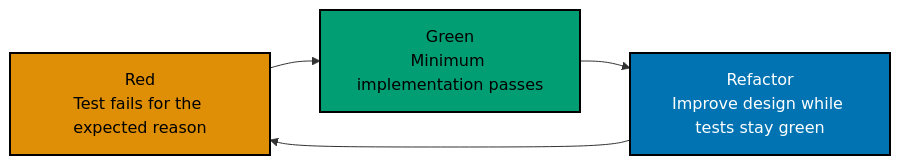
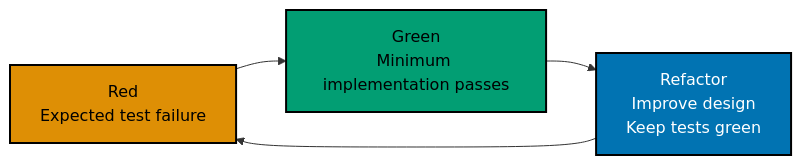
The diagram in repo-governance/workflows/red-green-refactor.md (wahidyankf/beaver-nest), drawn with Mermaid before and after one commit. The commit also changed 16 other files, not shown here.

Commit message:
feat(badakmini): enforce Mermaid legibility

````diff
--- a/repo-governance/workflows/red-green-refactor.md
+++ b/repo-governance/workflows/red-green-refactor.md
@@ -13,14 +13,14 @@
 ```mermaid
 %% Accessible palette: orange #DE8F05, teal #029E73, blue #0173B2
 flowchart LR
-    Red["Red<br/>Test fails for the expected reason"] --> Green["Green<br/>Minimum implementation passes"]
-    Green --> Refactor["Refactor<br/>Improve design while tests stay green"]
+    Red["Red<br/>Expected test failure"] --> Green["Green<br/>Minimum implementation passes"]
+    Green --> Refactor["Refactor<br/>Improve design<br/>Keep tests green"]
     Refactor --> Red
 
     classDef redPhase fill:#DE8F05,stroke:#000000,color:#000000,stroke-width:2px
     classDef greenPhase fill:#029E73,stroke:#000000,color:#000000,stroke-width:2px
     classDef refactorPhase fill:#0173B2,stroke:#000000,color:#FFFFFF,stroke-width:2px
     class Red redPhase
     class Green greenPhase
     class Refactor refactorPhase
 ```
````
